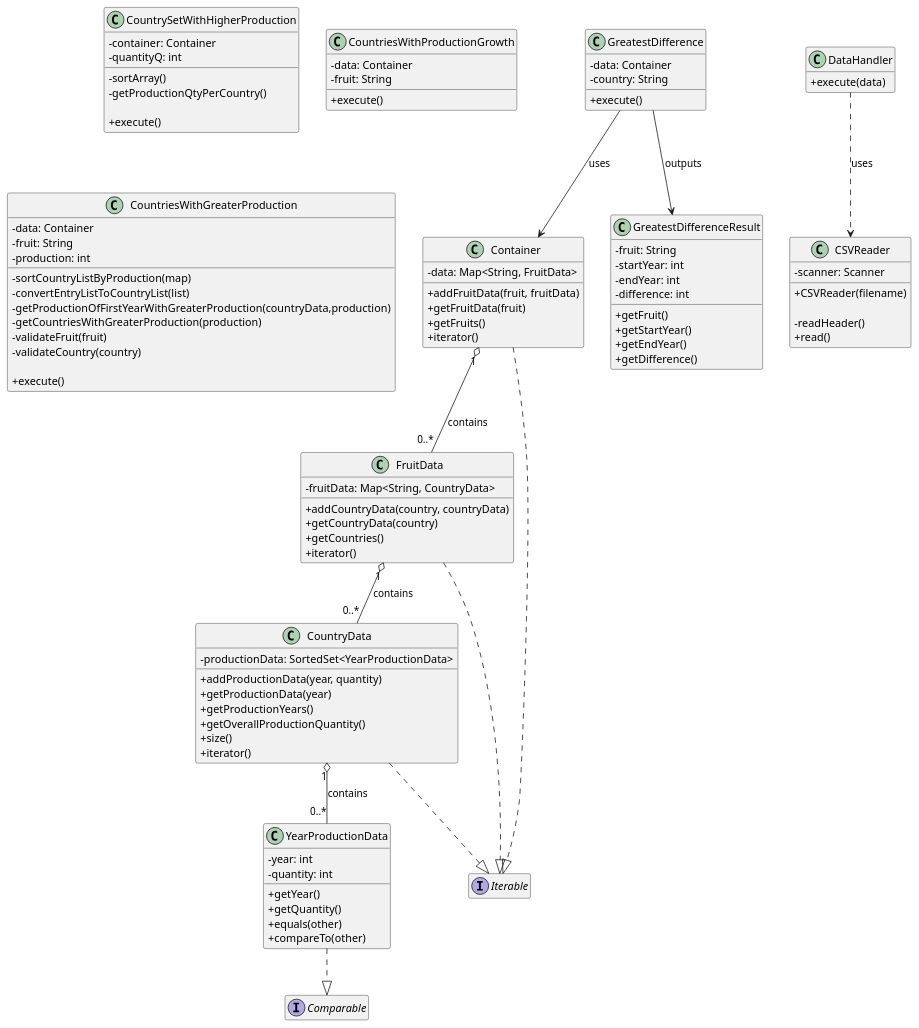
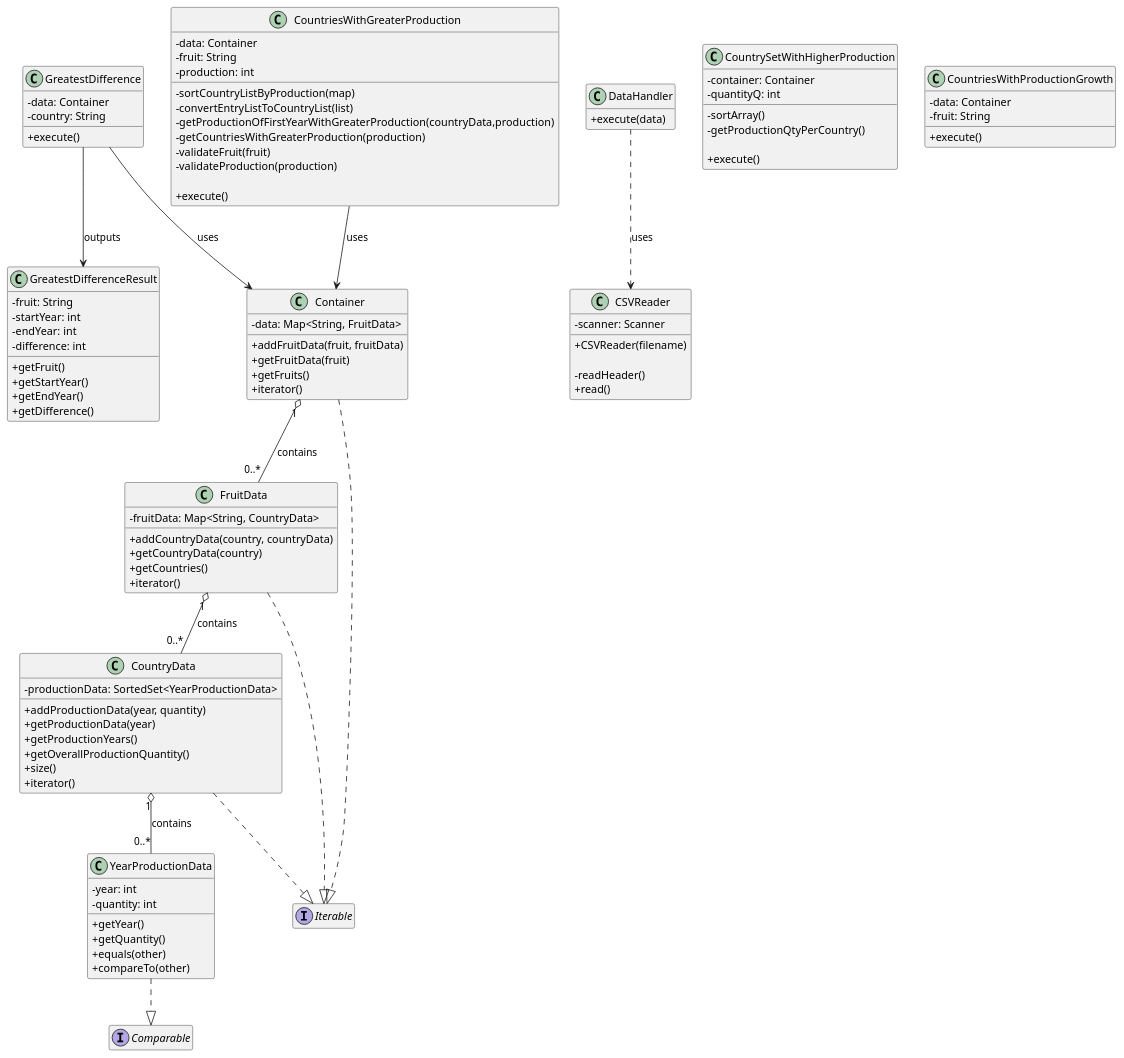
The diagram in docs/CD_complete.puml (ricardo177m/esinf-trab01), drawn with PlantUML before and after one commit. The commit also changed 2 other files, not shown here.

```diff
--- a/docs/CD_complete.puml
+++ b/docs/CD_complete.puml
@@ -1,132 +1,134 @@
 @startuml CD_COMPLETE
 
 skinparam classAttributeIconSize 0
 hide empty members
 
 class Container {
   -data: Map<String, FruitData>
 
   +addFruitData(fruit, fruitData)
   +getFruitData(fruit)
   +getFruits()
   +iterator()
 }
 
 class FruitData {
   -fruitData: Map<String, CountryData>
 
   +addCountryData(country, countryData)
   +getCountryData(country)
   +getCountries()
   +iterator()
 }
 
 class CountryData {
   -productionData: SortedSet<YearProductionData>
 
   +addProductionData(year, quantity)
   +getProductionData(year)
   +getProductionYears()
   +getOverallProductionQuantity()
   +size()
   +iterator()
 }
 
 class YearProductionData {
   -year: int
   -quantity: int
 
   +getYear()
   +getQuantity()
   +equals(other)
   +compareTo(other)
 }
 
 class GreatestDifferenceResult {
   - fruit: String
   - startYear: int
   - endYear: int
   - difference: int
 
   +getFruit()
   +getStartYear()
   +getEndYear()
   +getDifference()
 }
 
 class CSVReader {
   -scanner: Scanner
 
   + CSVReader(filename)
 
   - readHeader()
   + read()
 }
 
 class GreatestDifference {
   -data: Container
   -country: String
 
   +execute()
 }
 
 class DataHandler {
   +execute(data)
 }
 
 class CountrySetWithHigherProduction {
   -container: Container
   - quantityQ: int
 
   -sortArray()
   -getProductionQtyPerCountry()
 
   +execute()
 }
 
 class CountriesWithProductionGrowth {
   -data: Container
   -fruit: String
 
   +execute()
 }
 
 class CountriesWithGreaterProduction {
   -data: Container
   -fruit: String
   -production: int
 
   -sortCountryListByProduction(map)
   -convertEntryListToCountryList(list)
   -getProductionOfFirstYearWithGreaterProduction(countryData,production)
   -getCountriesWithGreaterProduction(production)
   -validateFruit(fruit)
-  -validateCountry(country)
+  -validateProduction(production)
 
   +execute()
 }
 
 interface Iterable
 
 interface Comparable
 
 Container "1" o-- "0..*" FruitData : contains
 
 FruitData "1" o-- "0..*" CountryData : contains
 
 CountryData "1" o-- "0..*" YearProductionData : contains
 
 YearProductionData ..|> Comparable
 
 CountryData ..|> Iterable
 
 FruitData ..|> Iterable
 
 Container ..|> Iterable
 
 GreatestDifference --> Container : uses
 GreatestDifference --> GreatestDifferenceResult : outputs
 
 DataHandler ..> CSVReader : uses
 
+CountriesWithGreaterProduction --> Container : uses
+
 @enduml
```
